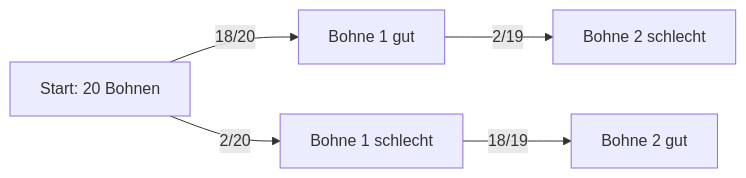
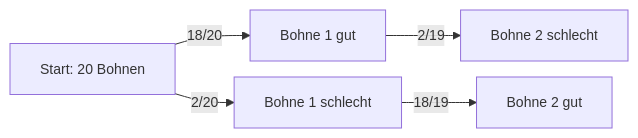
Before and after one commit to sebastiansauer/start-bayes: the third of 4 diagrams in slides/0350-wskt2.qmd, drawn with Mermaid. The commit also changed other lines of this file and 19 other files, not shown here.

First line of the commit message:
fix: Mermaid-Diagramm-Überlauf in Foliensätzen (Kapitel 3 u.a.)

````diff
--- a/slides/0350-wskt2.qmd
+++ b/slides/0350-wskt2.qmd
@@ -415,7 +423,8 @@
 ```{mermaid}
+%%{init: {'themeVariables': {'fontSize': '14px'}, 'flowchart': {'diagramPadding': 4, 'nodeSpacing': 16, 'rankSpacing': 24}}}%%
 graph LR
     A[Start: 20 Bohnen] -- 18/20 --> B1[Bohne 1 gut]
     A -- 2/20 --> B2[Bohne 1 schlecht]
     B1 -- 2/19 --> C2[Bohne 2 schlecht]
     B2 -- 18/19 --> C3[Bohne 2 gut]
 ```
````
